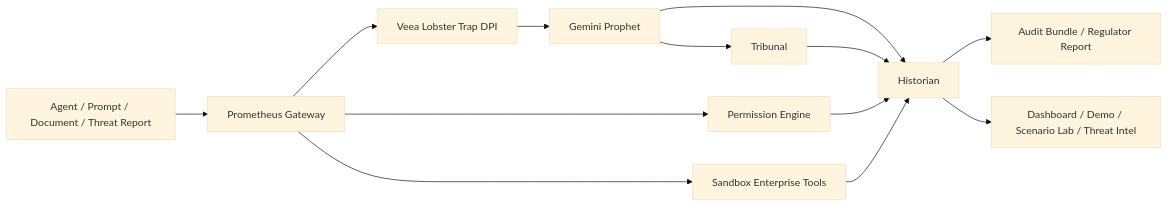
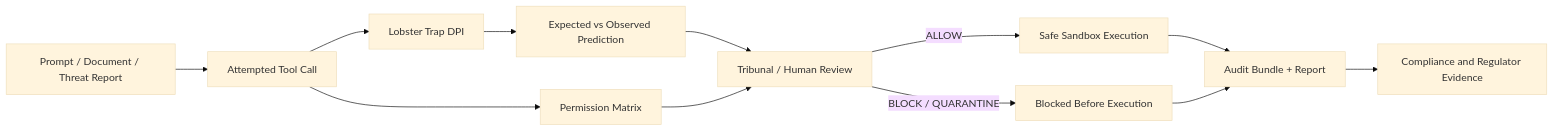
Before and after one commit to jpablortiz96/prometheus: the second of 2 diagrams in README.md, drawn with Mermaid (base theme). The commit also changed other lines of this file and 1 other file, not shown here.

Commit message:
Upgrade README with visual architecture and product screenshots

````diff
--- a/README.md
+++ b/README.md
@@ -53,15 +138,14 @@
 ```mermaid
 flowchart LR
-    A[Agent / Prompt / Document / Threat Report] --> G[Prometheus Gateway]
-    G --> LT[Veea Lobster Trap DPI]
-    G --> PE[Permission Engine]
-    G --> ST[Sandbox Enterprise Tools]
-    LT --> GP[Gemini Prophet]
-    GP --> TR[Tribunal]
-    GP --> HI[Historian]
-    TR --> HI
-    PE --> HI
-    ST --> HI
-    HI --> AB[Audit Bundle / Regulator Report]
-    HI --> UI[Dashboard / Demo / Scenario Lab / Threat Intel]
+    I["Prompt / Document / Threat Report"] --> C["Attempted Tool Call"]
+    C --> L["Lobster Trap DPI"]
+    C --> M["Permission Matrix"]
+    L --> P["Expected vs Observed Prediction"]
+    P --> T["Tribunal / Human Review"]
+    M --> T
+    T -->|"ALLOW"| E["Safe Sandbox Execution"]
+    T -->|"BLOCK / QUARANTINE"| B["Blocked Before Execution"]
+    E --> A["Audit Bundle + Report"]
+    B --> A
+    A --> R["Compliance and Regulator Evidence"]
 ```
````
